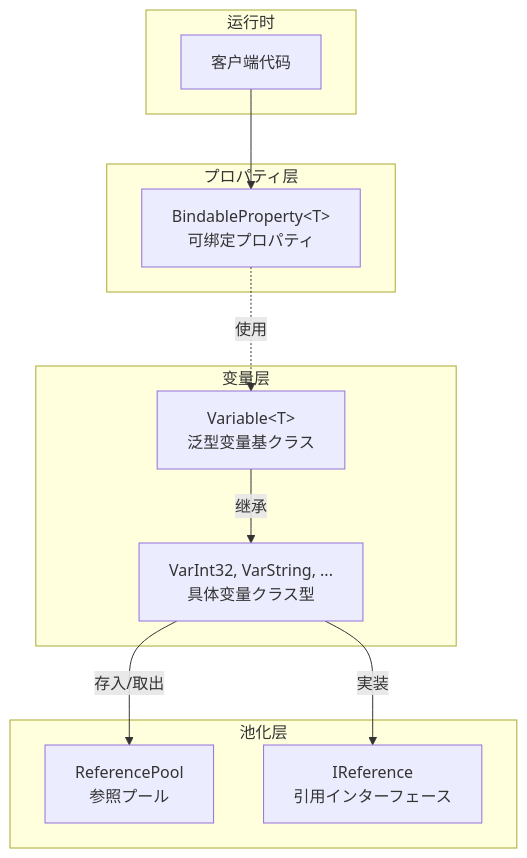
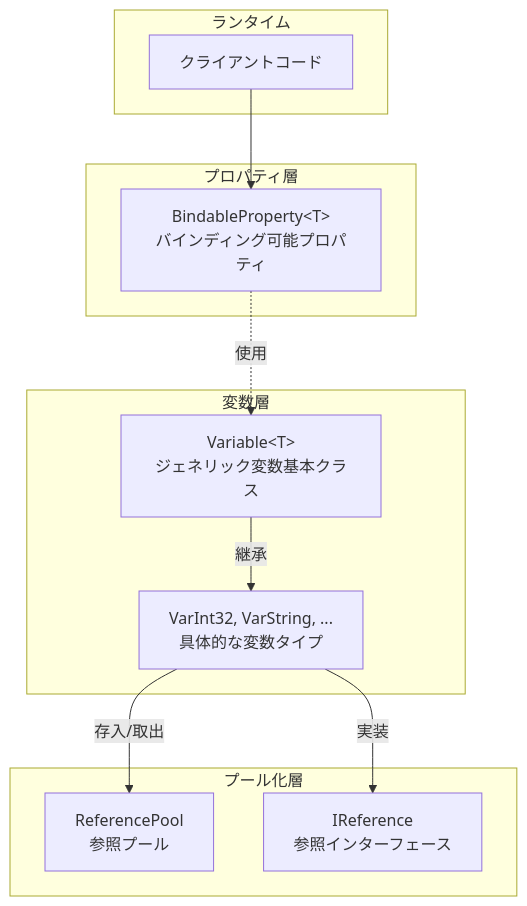
The first of 5 diagrams in docs/ja/client/unity/component/core/10.property-system.md (AlianBlank/GameFrameX.Docs), drawn with Mermaid before and after one commit. The commit also changed other lines of this file and 320 other files, not shown here.

````diff
--- a/docs/ja/client/unity/component/core/10.property-system.md
+++ b/docs/ja/client/unity/component/core/10.property-system.md
@@ -22,26 +22,26 @@
 ```mermaid
 graph TD
-    subgraph PropertyLayer["プロパティ层"]
-        BP[BindableProperty&lt;T&gt;<br/>可绑定プロパティ]
+    subgraph PropertyLayer["プロパティ層"]
+        BP[BindableProperty&lt;T&gt;<br/>バインディング可能プロパティ]
     end
 
-    subgraph VariableLayer["变量层"]
-        VarBase[Variable&lt;T&gt;<br/>泛型变量基クラス]
-        VarConcrete[VarInt32, VarString, ...<br/>具体变量クラス型]
+    subgraph VariableLayer["変数層"]
+        VarBase[Variable&lt;T&gt;<br/>ジェネリック変数基本クラス]
+        VarConcrete[VarInt32, VarString, ...<br/>具体的な変数タイプ]
     end
 
-    subgraph PoolLayer["池化层"]
+    subgraph PoolLayer["プール化層"]
         RP[ReferencePool<br/>参照プール]
-        IRef[IReference<br/>引用インターフェース]
+        IRef[IReference<br/>参照インターフェース]
     end
 
-    subgraph RuntimeLayer["运行时"]
-        Client[客户端代码]
+    subgraph RuntimeLayer["ランタイム"]
+        Client[クライアントコード]
     end
 
     Client --> BP
     BP -.->|使用| VarBase
-    VarBase -->|继承| VarConcrete
+    VarBase -->|継承| VarConcrete
     VarConcrete -->|実装| IRef
     VarConcrete -->|存入/取出| RP
 ```
````
